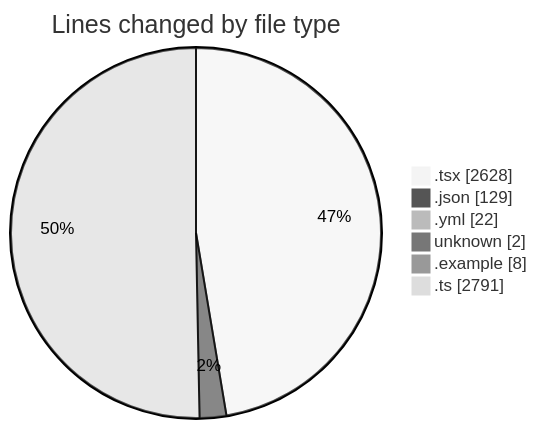
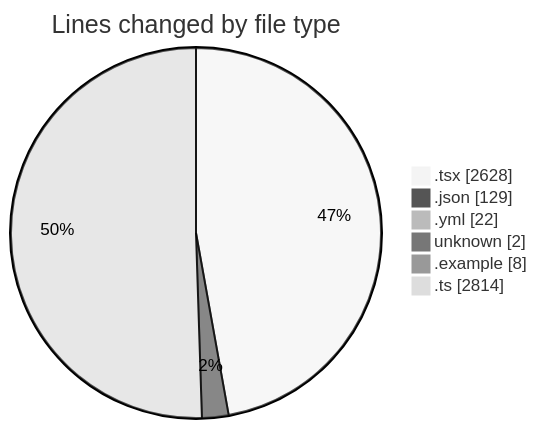
Before and after one commit to julien-gomy/code-tracking: the first of 2 diagrams in 2025-11-21/eventscop-frontend-guide__workspace_/README.md, drawn with Mermaid (neutral theme). The commit also changed other lines of this file and 1 other file, not shown here.

````diff
--- a/2025-11-21/eventscop-frontend-guide__workspace_/README.md
+++ b/2025-11-21/eventscop-frontend-guide__workspace_/README.md
@@ -59,10 +59,10 @@
 ```mermaid
 pie showData
 title Lines changed by file type
 ".tsx" : 2628
 ".json" : 129
 ".yml" : 22
 "unknown" : 2
 ".example" : 8
-".ts" : 2791
+".ts" : 2814
 ```
````
